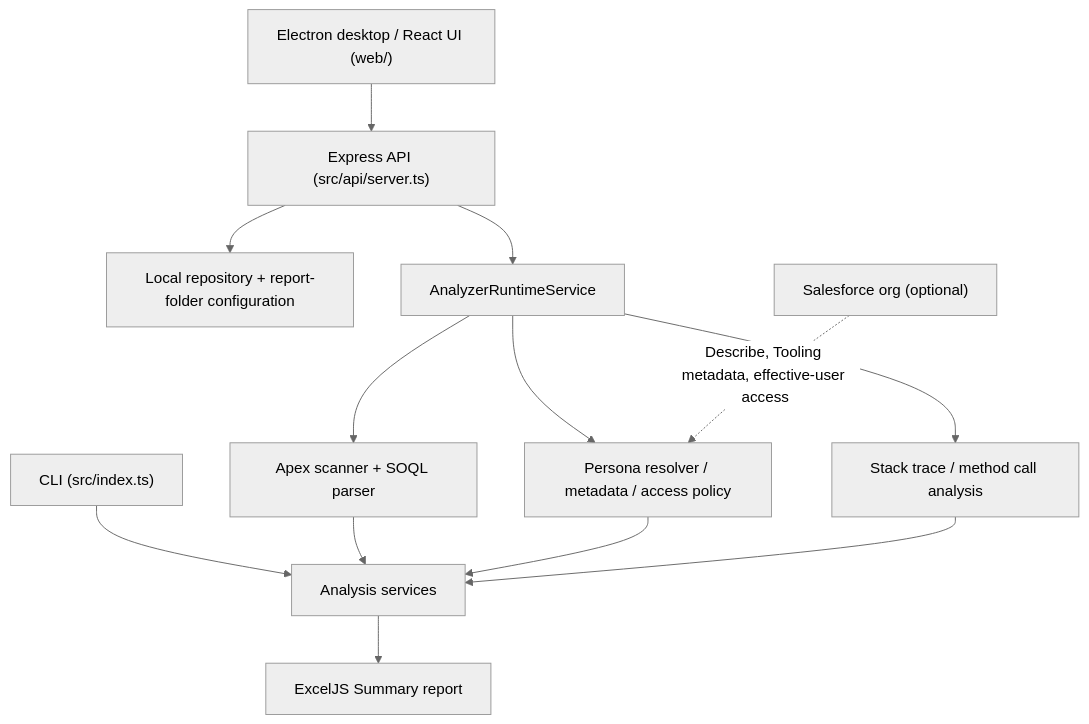
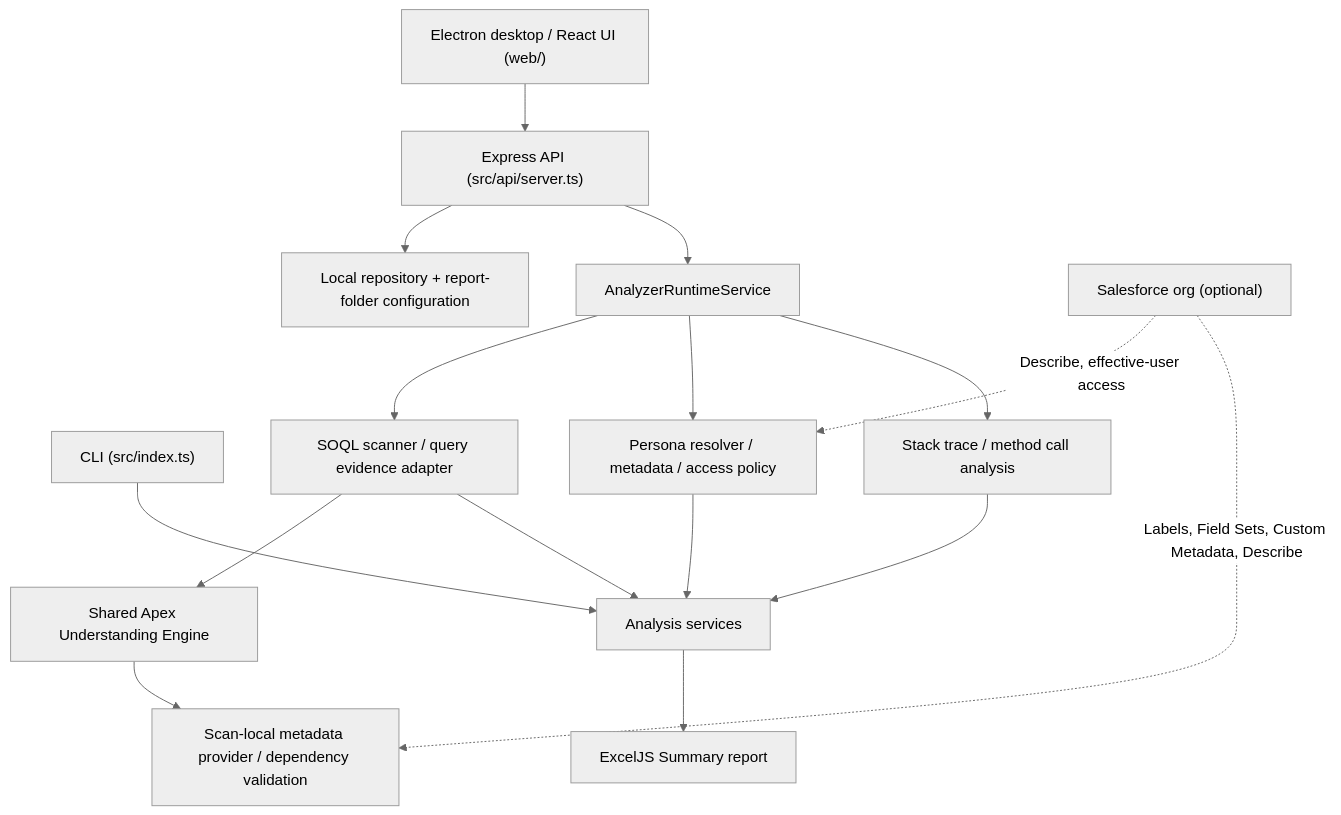
Before and after one commit to Shubhamu68/SalesforceRepositoryAnalyzer: the diagram in docs/architecture.md, drawn with Mermaid (neutral theme). The commit also changed other lines of this file and 7 other files, not shown here.

Commit message:
docs: record merged v0.1.1 baseline and v0.1.2 roadmap

````diff
--- a/docs/architecture.md
+++ b/docs/architecture.md
@@ -5,15 +5,18 @@
 ```mermaid
 flowchart TD
   UI["Electron desktop / React UI (web/)"] --> API["Express API (src/api/server.ts)"]
   CLI["CLI (src/index.ts)"] --> Services["Analysis services"]
   API --> Setup["Local repository + report-folder configuration"]
   API --> Runtime["AnalyzerRuntimeService"]
-  Runtime --> Scanner["Apex scanner + SOQL parser"]
+  Runtime --> Scanner["SOQL scanner / query evidence adapter"]
+  Scanner --> AUE["Shared Apex Understanding Engine"]
+  AUE --> Meta["Scan-local metadata provider / dependency validation"]
   Runtime --> Perms["Persona resolver / metadata / access policy"]
   Runtime --> Stack["Stack trace / method call analysis"]
   Scanner --> Services
   Perms --> Services
   Stack --> Services
-  SF["Salesforce org (optional)"] -. "Describe, Tooling metadata, effective-user access" .-> Perms
+  SF["Salesforce org (optional)"] -. "Describe, effective-user access" .-> Perms
+  SF -. "Labels, Field Sets, Custom Metadata, Describe" .-> Meta
   Services --> Excel["ExcelJS Summary report"]
 ```
````
